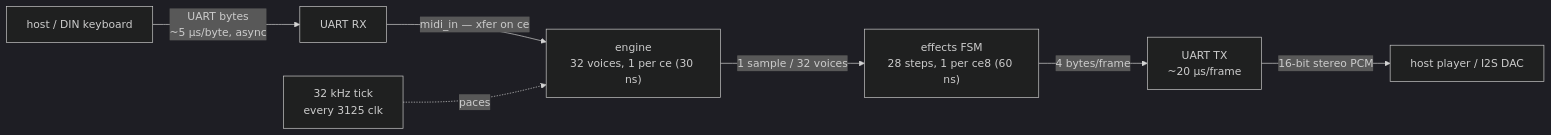
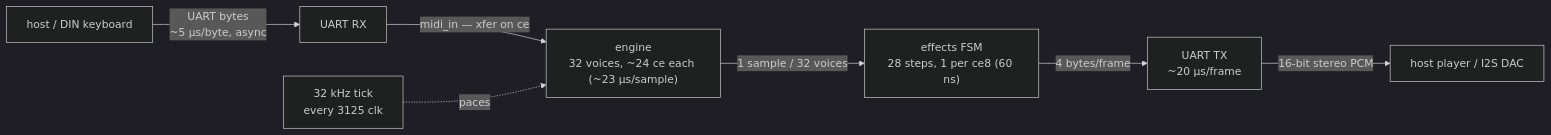
Before and after one commit to kazunori279/xls32-fpga-synth: the first of 4 diagrams in ARCHITECTURE.md, drawn with Mermaid (dark theme). The commit also changed other lines of this file and 6 other files, not shown here.

````diff
--- a/ARCHITECTURE.md
+++ b/ARCHITECTURE.md
@@ -93,9 +95,9 @@
 ```mermaid
 flowchart LR
   H["host / DIN keyboard"] -->|"UART bytes<br/>~5 µs/byte, async"| RX["UART RX"]
-  RX -->|"midi_in — xfer on ce"| ENG["engine<br/>32 voices, 1 per ce (30 ns)"]
+  RX -->|"midi_in — xfer on ce"| ENG["engine<br/>32 voices, ~24 ce each (~23 µs/sample)"]
   TICK["32 kHz tick<br/>every 3125 clk"] -. paces .-> ENG
   ENG -->|"1 sample / 32 voices"| FX["effects FSM<br/>28 steps, 1 per ce8 (60 ns)"]
   FX -->|"4 bytes/frame"| TX["UART TX<br/>~20 µs/frame"]
   TX -->|"16-bit stereo PCM"| OUT["host player / I2S DAC"]
 ```
````
